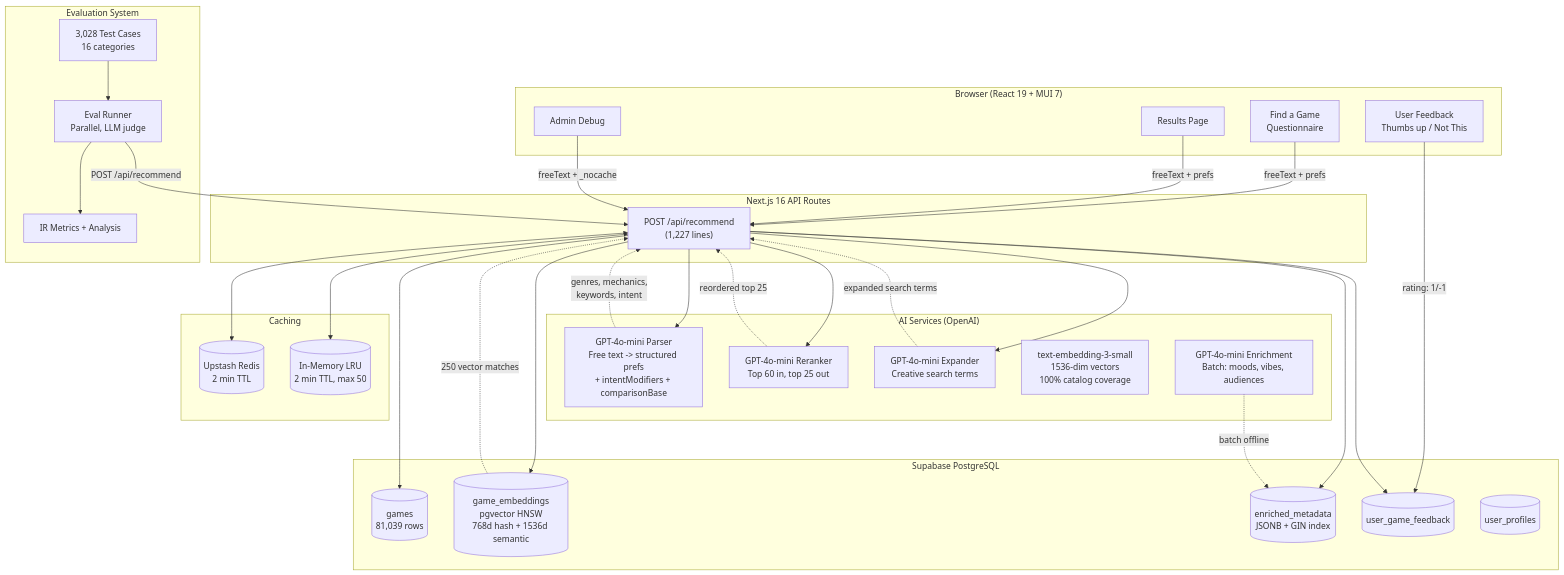
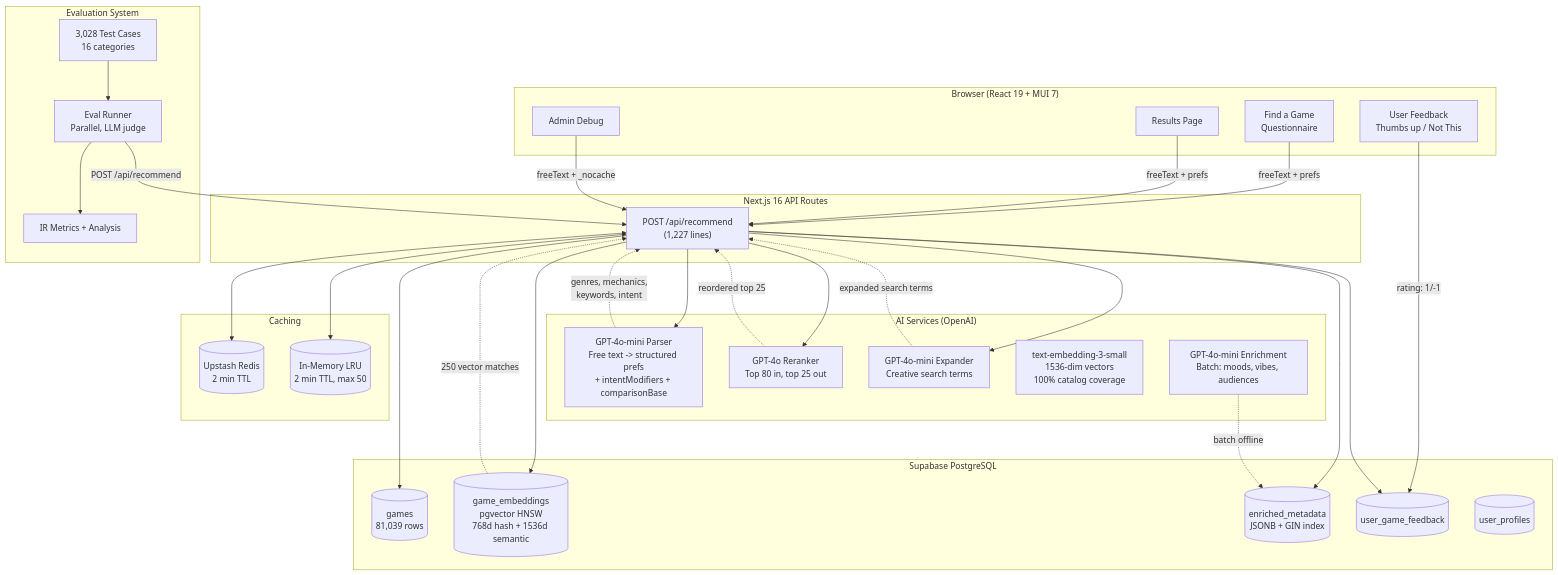
One commit to stopitdan/recommendagame changed the first of 7 diagrams in docs/ARCHITECTURE.md. Above: the diagram before and after it, drawn with Mermaid. The commit also changed other lines of this file and 14 other files, not shown here.

````diff
--- a/docs/ARCHITECTURE.md
+++ b/docs/ARCHITECTURE.md
@@ -11,66 +11,66 @@
 ```mermaid
 graph TB
     subgraph Client["Browser (React 19 + MUI 7)"]
         QF["Find a Game<br/>Questionnaire"]
         RV["Results Page"]
         FB["User Feedback<br/>Thumbs up / Not This"]
         AD["Admin Debug"]
     end
 
     subgraph API["Next.js 16 API Routes"]
         REC["POST /api/recommend<br/>(1,227 lines)"]
     end
 
     subgraph AI["AI Services (OpenAI)"]
         LLM_PARSE["GPT-4o-mini Parser<br/>Free text -> structured prefs<br/>+ intentModifiers + comparisonBase"]
-        LLM_RERANK["GPT-4o-mini Reranker<br/>Top 60 in, top 25 out"]
+        LLM_RERANK["GPT-4o Reranker<br/>Top 80 in, top 25 out"]
         LLM_EXPAND["GPT-4o-mini Expander<br/>Creative search terms"]
         EMBED["text-embedding-3-small<br/>1536-dim vectors<br/>100% catalog coverage"]
         LLM_ENRICH["GPT-4o-mini Enrichment<br/>Batch: moods, vibes, audiences"]
     end
 
     subgraph DB["Supabase PostgreSQL"]
         GAMES[("games<br/>81,039 rows")]
         EMBED_TBL[("game_embeddings<br/>pgvector HNSW<br/>768d hash + 1536d semantic")]
         META[("enriched_metadata<br/>JSONB + GIN index")]
         FEEDBACK[("user_game_feedback")]
         PROFILES[("user_profiles")]
     end
 
     subgraph Cache["Caching"]
         REDIS[("Upstash Redis<br/>2 min TTL")]
         MEM[("In-Memory LRU<br/>2 min TTL, max 50")]
     end
 
     subgraph Eval["Evaluation System"]
         CASES["3,028 Test Cases<br/>16 categories"]
         RUNNER["Eval Runner<br/>Parallel, LLM judge"]
         METRICS["IR Metrics + Analysis"]
     end
 
     QF -->|"freeText + prefs"| REC
     RV -->|"freeText + prefs"| REC
     FB -->|"rating: 1/-1"| FEEDBACK
     AD -->|"freeText + _nocache"| REC
 
     REC --> LLM_PARSE
     REC --> LLM_EXPAND
     REC --> LLM_RERANK
     REC --> EMBED_TBL
     REC --> GAMES
     REC --> META
     REC --> FEEDBACK
 
     LLM_PARSE -.->|"genres, mechanics,<br/>keywords, intent"| REC
     LLM_EXPAND -.->|"expanded search terms"| REC
     LLM_RERANK -.->|"reordered top 25"| REC
     EMBED_TBL -.->|"250 vector matches"| REC
     LLM_ENRICH -.->|"batch offline"| META
 
     REC <--> MEM
     REC <--> REDIS
 
     CASES --> RUNNER
     RUNNER -->|"POST /api/recommend"| REC
     RUNNER --> METRICS
 ```
````
